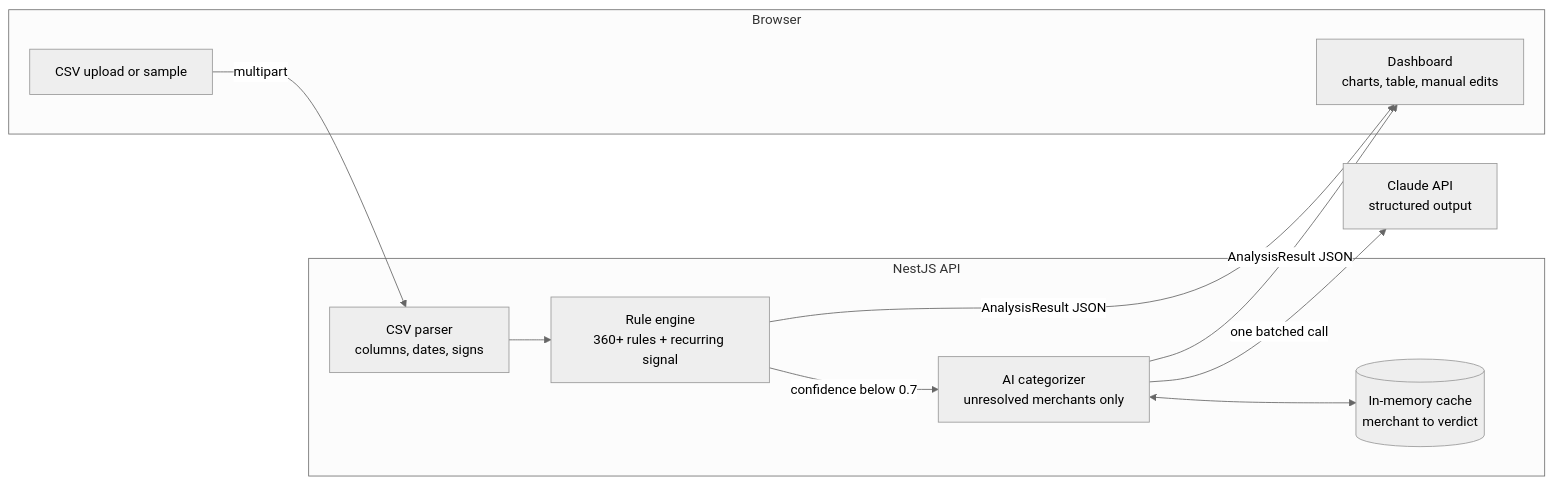
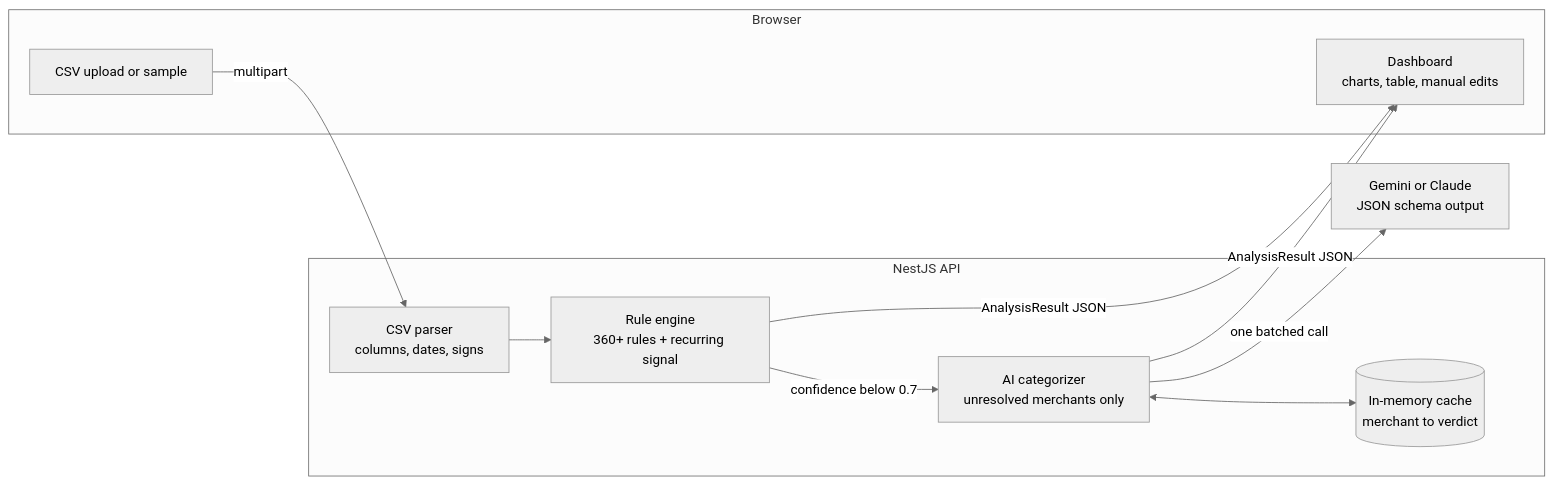
One commit to Danielyan99/bank-expense-analyzer changed the diagram in README.md. Above: the diagram before and after it, drawn with Mermaid (neutral theme). The commit also changed other lines of this file and 23 other files, not shown here.

First line of the commit message:
Run the AI step on Gemini's free tier, keep Claude as an option

````diff
--- a/README.md
+++ b/README.md
@@ -38,21 +39,21 @@
 ```mermaid
 flowchart LR
   subgraph Browser
     UP[CSV upload or sample]
     DASH[Dashboard<br/>charts, table, manual edits]
   end
   subgraph NestJS API
     P[CSV parser<br/>columns, dates, signs]
     R[Rule engine<br/>360+ rules + recurring signal]
     AI[AI categorizer<br/>unresolved merchants only]
     C[(In-memory cache<br/>merchant to verdict)]
   end
-  CL[Claude API<br/>structured output]
+  CL[Gemini or Claude<br/>JSON schema output]
 
   UP -- multipart --> P --> R
   R -- confidence below 0.7 --> AI
   AI <--> C
   AI -- one batched call --> CL
   R -- AnalysisResult JSON --> DASH
   AI -- AnalysisResult JSON --> DASH
 ```
````
